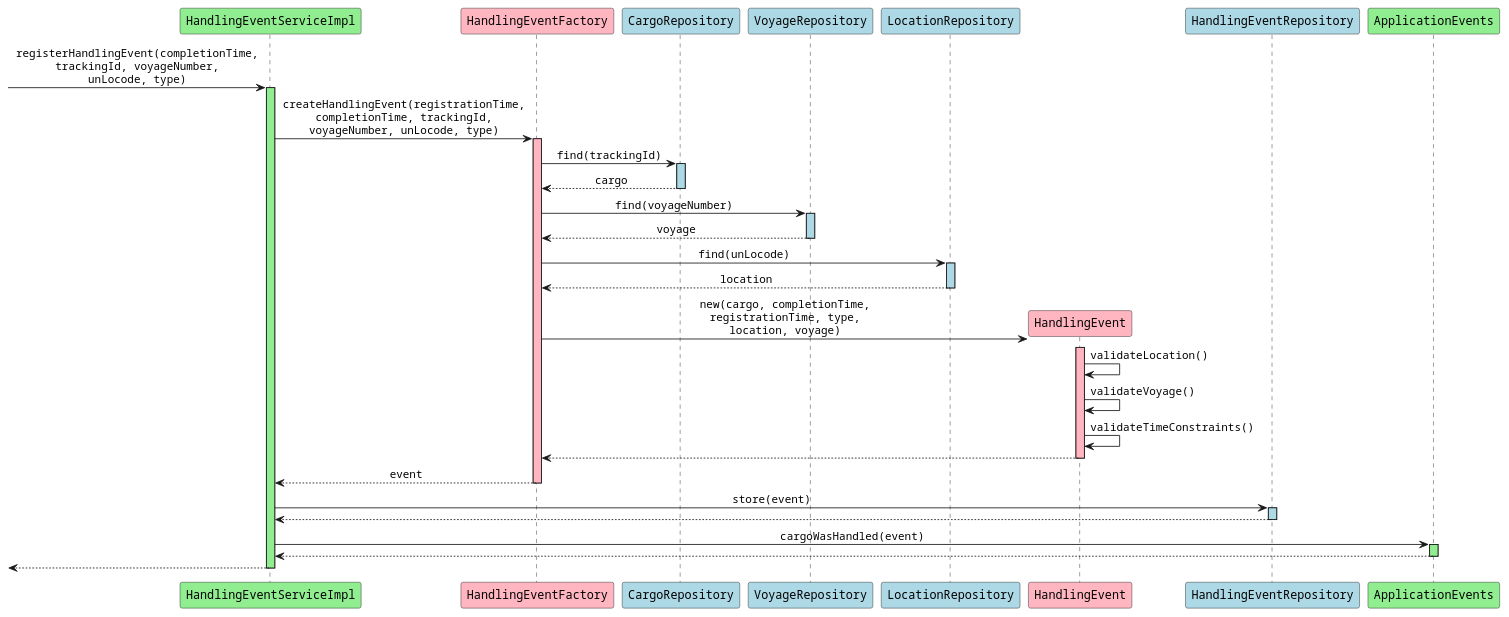
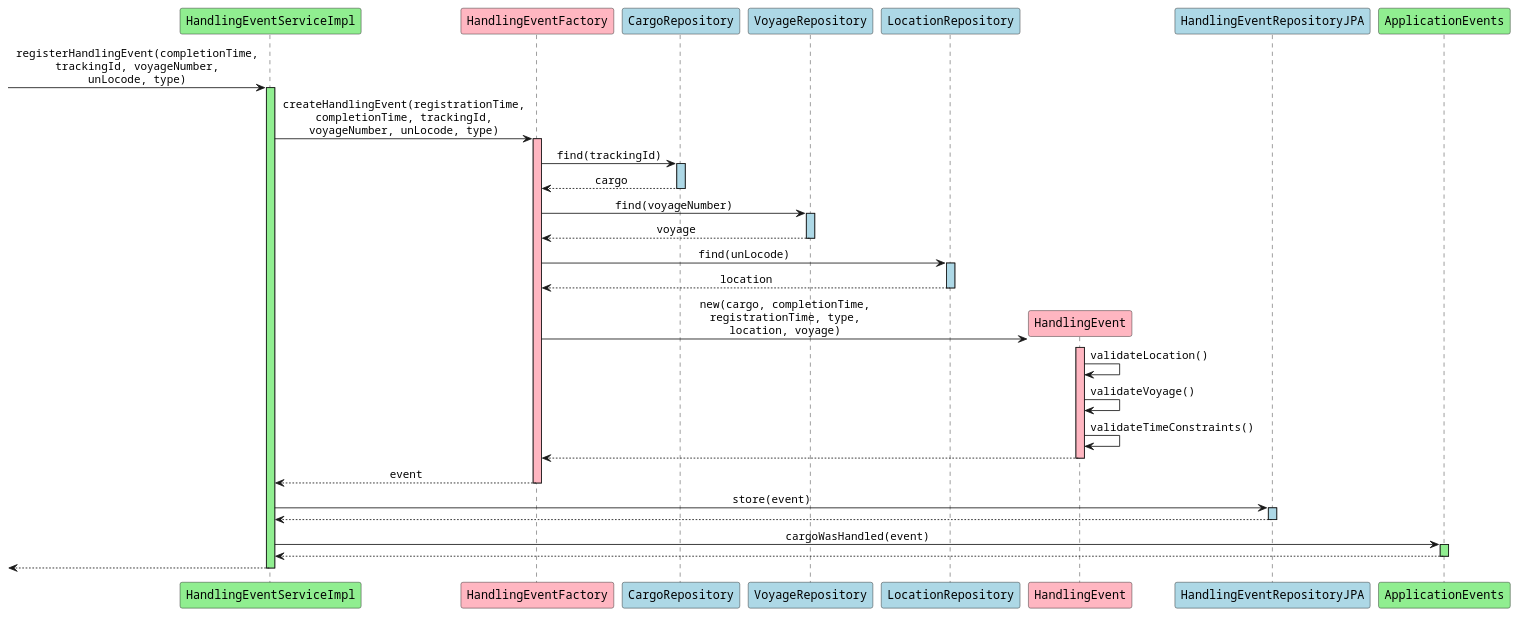
Before and after one commit to aowss/dddsample-core: the diagram in diagrams/HandlingEventServiceImpl_registerHandlingEvent.puml, drawn with PlantUML. The commit also changed 480 other files, not shown here.

```diff
--- a/diagrams/HandlingEventServiceImpl_registerHandlingEvent.puml
+++ b/diagrams/HandlingEventServiceImpl_registerHandlingEvent.puml
@@ -1,62 +1,63 @@
 @startuml
 skinparam monochrome false
 skinparam defaultFontName Courier
 skinparam sequenceMessageAlign center
 
 participant "HandlingEventServiceImpl" as hes #lightgreen
 participant "HandlingEventFactory" as hef #lightpink
 participant "CargoRepository" as cr #lightblue
 participant "VoyageRepository" as vr #lightblue
 participant "LocationRepository" as lr #lightblue
 participant "HandlingEvent" as he #lightpink
-participant "HandlingEventRepository" as her #lightblue
+participant "HandlingEventRepositoryJPA" as her #lightblue
 participant "ApplicationEvents" as ae #lightgreen
 
 [-> hes: registerHandlingEvent(completionTime,\ntrackingId, voyageNumber,\nunLocode, type)
 activate hes #lightgreen
 
 hes -> hef: createHandlingEvent(registrationTime,\ncompletionTime, trackingId,\nvoyageNumber, unLocode, type)
 activate hef #lightpink
 
 hef -> cr: find(trackingId)
 activate cr #lightblue
 cr --> hef: cargo
 deactivate cr
 
 hef -> vr: find(voyageNumber)
 activate vr #lightblue
 vr --> hef: voyage
 deactivate vr
 
 hef -> lr: find(unLocode)
 activate lr #lightblue
 lr --> hef: location
 deactivate lr
 
 create he
 hef -> he: new(cargo, completionTime,\nregistrationTime, type,\nlocation, voyage)
 activate he #lightpink
 
 he -> he: validateLocation()
 he -> he: validateVoyage()
 he -> he: validateTimeConstraints()
 
 he --> hef
 deactivate he
+
 hef --> hes: event
 deactivate hef
 
 hes -> her: store(event)
 activate her #lightblue
 her --> hes
 deactivate her
 
 hes -> ae: cargoWasHandled(event)
 activate ae #lightgreen
 ae --> hes
 deactivate ae
 
 [<-- hes
 deactivate hes
 
 @enduml 
```
